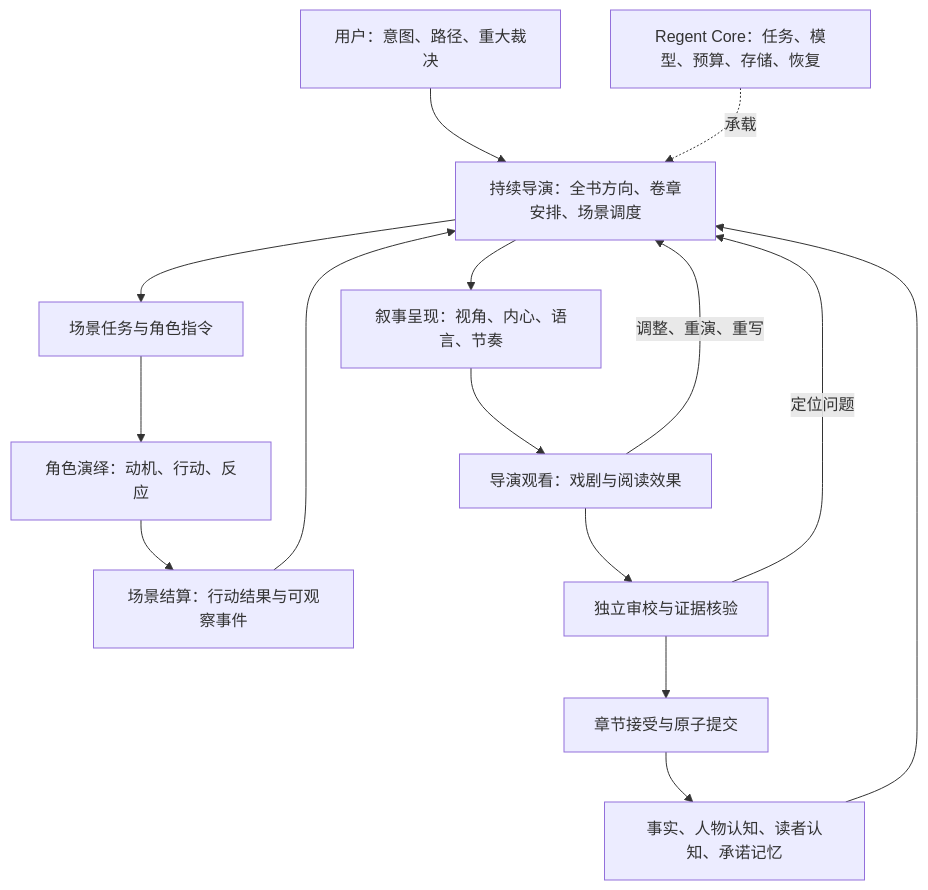
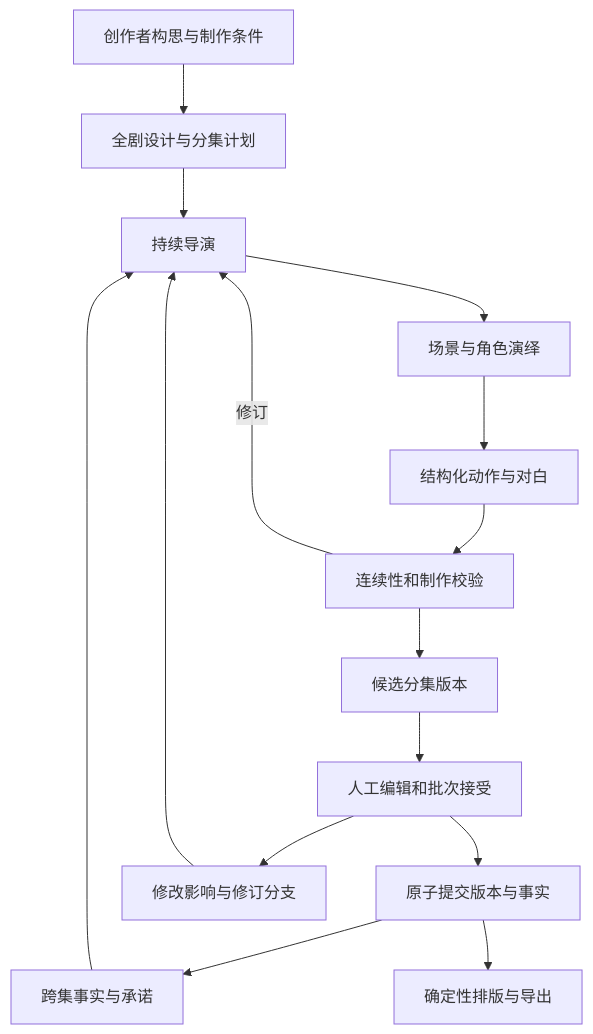
Before and after one commit to hiddus/regent: the diagram in Novel-Engine-Tech-Spec.md, drawn with Mermaid. The commit also changed other lines of this file and 14 other files, not shown here.

````diff
--- a/Novel-Engine-Tech-Spec.md
+++ b/Novel-Engine-Tech-Spec.md
@@ -23,17 +13,17 @@
 ```mermaid
 flowchart TD
-    U[用户：意图、路径、重大裁决] --> D[持续导演：全书方向、卷章安排、场景调度]
-    D --> S[场景任务与角色指令]
-    S --> P[角色演绎：动机、行动、反应]
-    P --> W[场景结算：行动结果与可观察事件]
-    W --> D
-    D --> N[叙事呈现：视角、内心、语言、节奏]
-    N --> V[导演观看：戏剧与阅读效果]
-    V -->|调整、重演、重写| D
-    V --> A[独立审校与证据核验]
-    A -->|定位问题| D
-    A --> C[章节接受与原子提交]
-    C --> M[事实、人物认知、读者认知、承诺记忆]
+    U[创作者构思与制作条件] --> P[全剧设计与分集计划]
+    P --> D[持续导演]
+    D --> S[场景与角色演绎]
+    S --> W[结构化动作与对白]
+    W --> V[连续性和制作校验]
+    V -->|修订| D
+    V --> A[候选分集版本]
+    A --> H[人工编辑和批次接受]
+    H --> C[原子提交版本与事实]
+    C --> M[跨集事实与承诺]
     M --> D
-    R[Regent Core：任务、模型、预算、存储、恢复] -.承载.-> D
+    H --> I[修改影响与修订分支]
+    I --> D
+    C --> E[确定性排版与导出]
 ```
````
